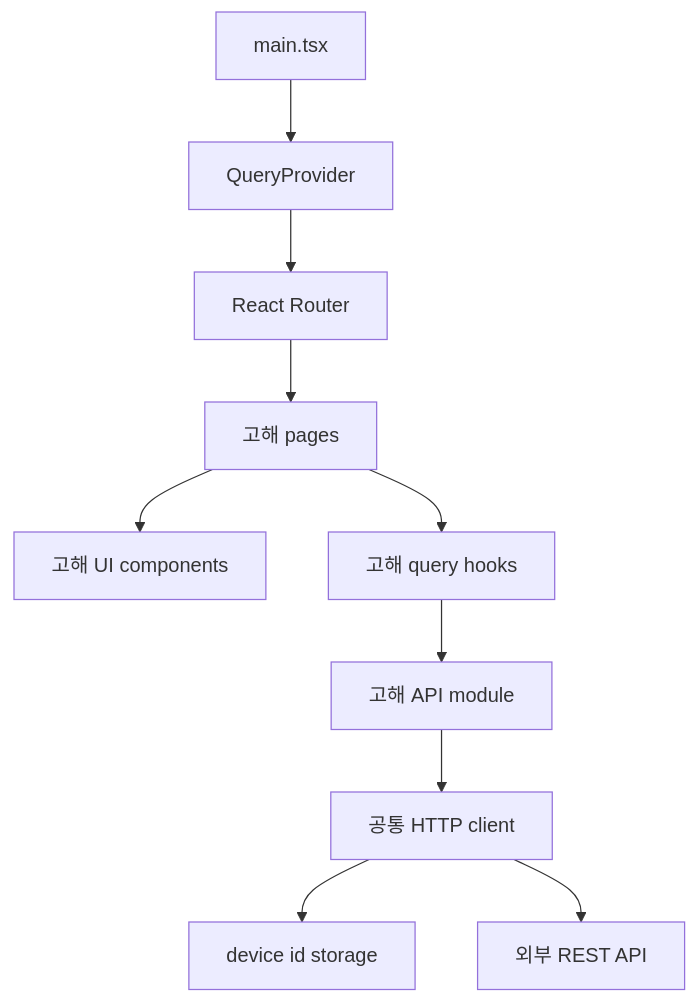
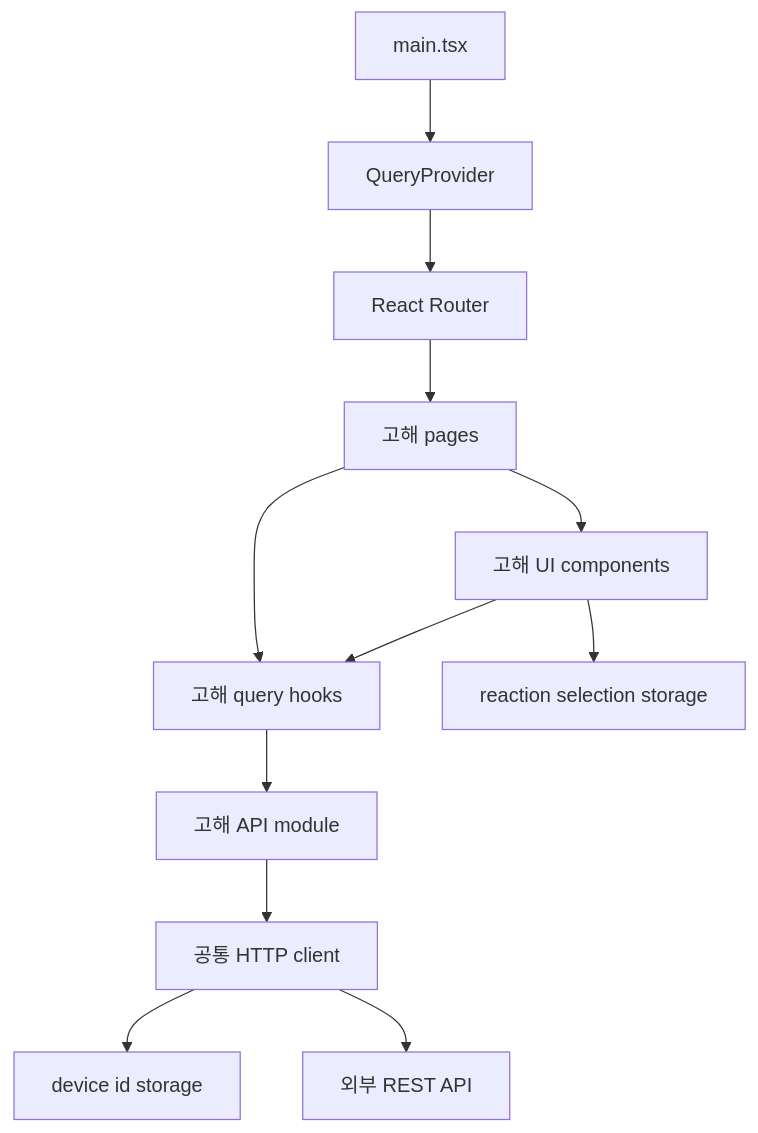
Before and after one commit to dlhwang/goahead-tuk-frontend: the first of 2 diagrams in aidlc-docs/inception/reverse-engineering/architecture.md, drawn with Mermaid. The commit also changed other lines of this file and 62 other files, not shown here.

````diff
--- a/aidlc-docs/inception/reverse-engineering/architecture.md
+++ b/aidlc-docs/inception/reverse-engineering/architecture.md
@@ -12,12 +13,14 @@
 ```mermaid
 flowchart TD
     Main["main.tsx"] --> QueryProvider["QueryProvider"]
     QueryProvider --> Router["React Router"]
     Router --> Pages["고해 pages"]
     Pages --> FeatureUI["고해 UI components"]
     Pages --> QueryHooks["고해 query hooks"]
+    FeatureUI --> ReactionStore["reaction selection storage"]
+    FeatureUI --> QueryHooks
     QueryHooks --> FeatureAPI["고해 API module"]
     FeatureAPI --> HttpClient["공통 HTTP client"]
     HttpClient --> DeviceId["device id storage"]
     HttpClient --> Backend["외부 REST API"]
 ```
````
